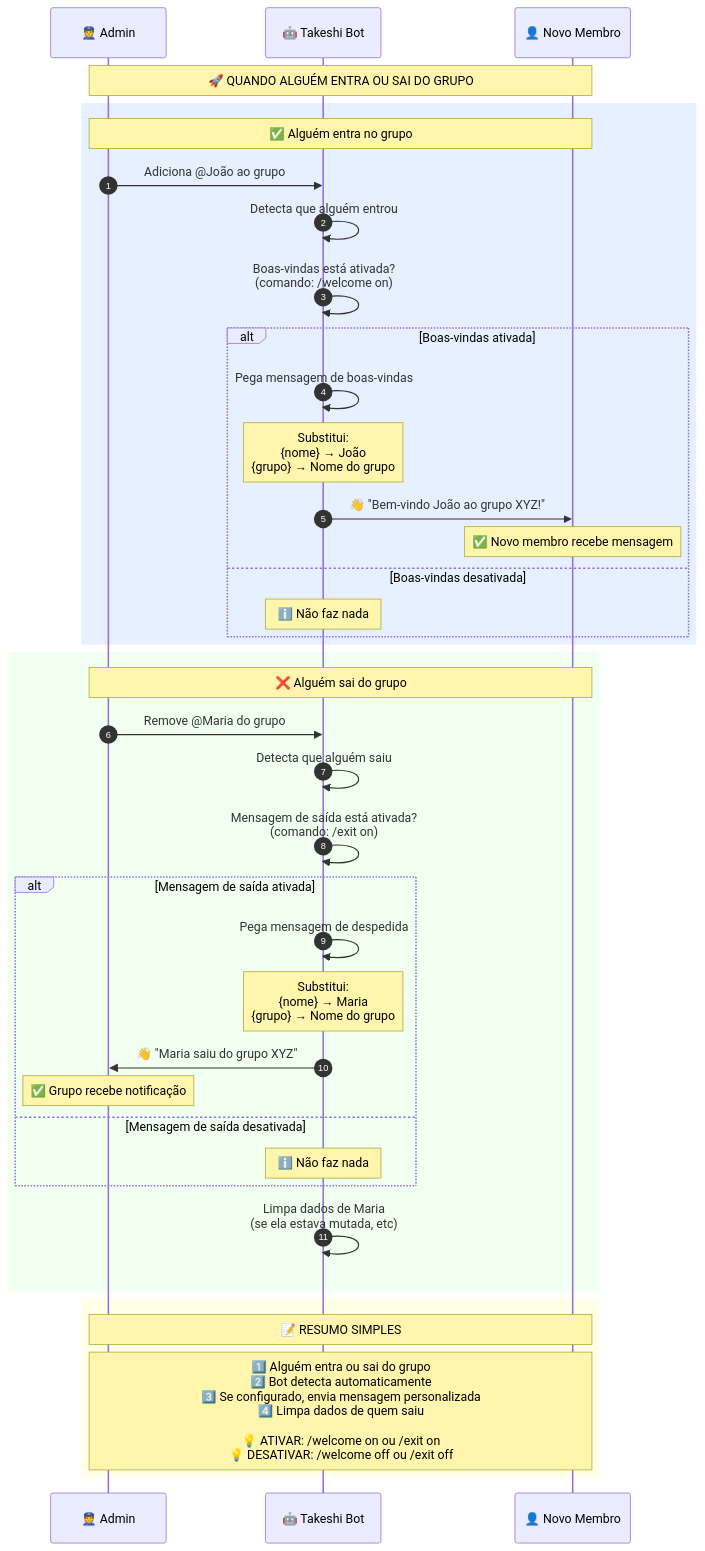
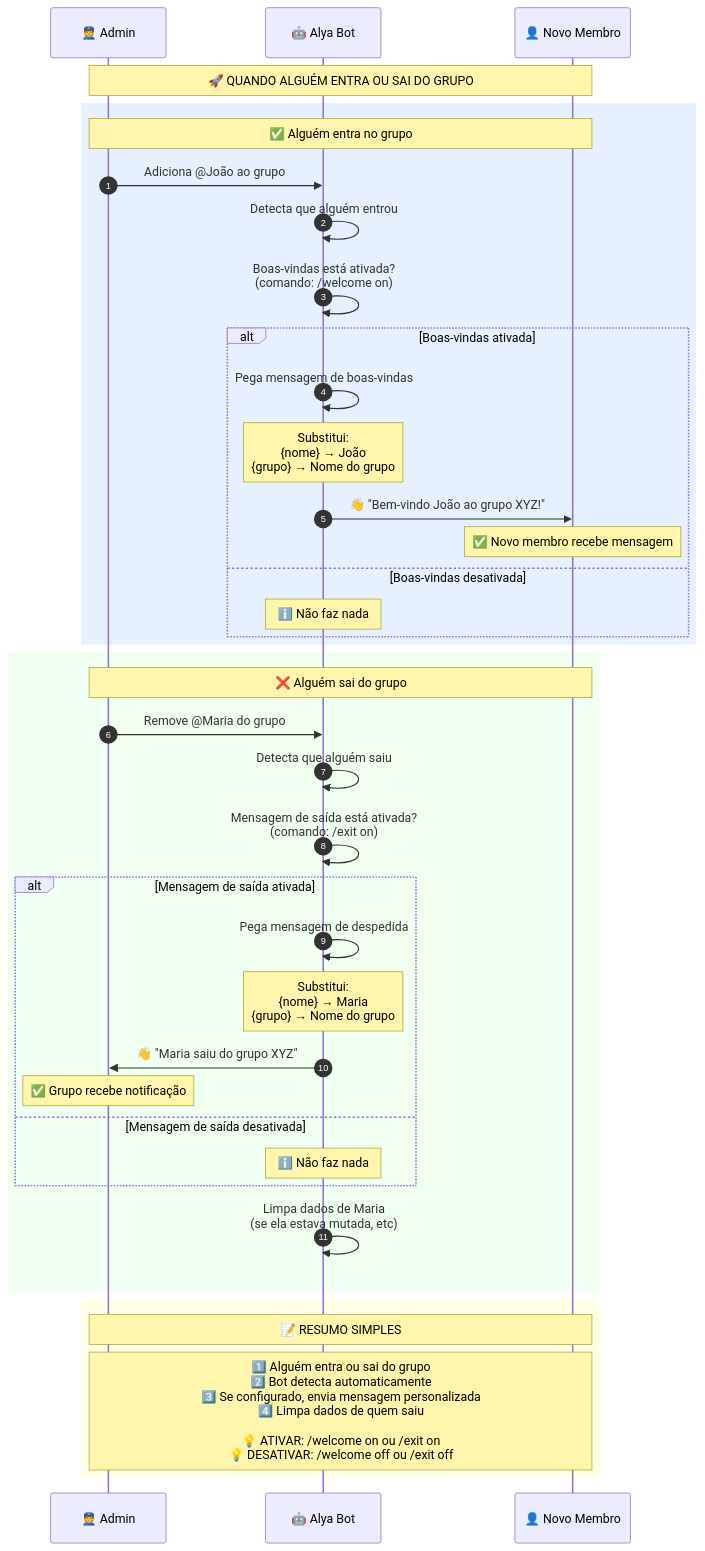
The diagram in diagrams/3-participant-lifecycle.mermaid (lukscode-py/Alya-Bot), drawn with Mermaid before and after one commit. The commit also changed 36 other files, not shown here.

Commit message:
refactor: complete Alya Bot identity migration

```diff
--- a/diagrams/3-participant-lifecycle.mermaid
+++ b/diagrams/3-participant-lifecycle.mermaid
@@ -1,53 +1,53 @@
 sequenceDiagram
     autonumber
     participant Admin as 👮 Admin
-    participant Bot as 🤖 Takeshi Bot
+    participant Bot as 🤖 Alya Bot
     participant User as 👤 Novo Membro
 
     Note over Admin,User: 🚀 QUANDO ALGUÉM ENTRA OU SAI DO GRUPO
 
     %% ========== ALGUÉM ENTRA ==========
     rect rgb(230, 240, 255)
         Note over Admin,User: ✅ Alguém entra no grupo
         
         Admin->>Bot: Adiciona @João ao grupo
         Bot->>Bot: Detecta que alguém entrou
         
         Bot->>Bot: Boas-vindas está ativada?<br/>(comando: /welcome on)
         
         alt Boas-vindas ativada
             Bot->>Bot: Pega mensagem de boas-vindas
             Note over Bot: Substitui:<br/>{nome} → João<br/>{grupo} → Nome do grupo
             Bot->>User: 👋 "Bem-vindo João ao grupo XYZ!"
             Note over User: ✅ Novo membro recebe mensagem
         else Boas-vindas desativada
             Note over Bot: ℹ️ Não faz nada
         end
     end
 
     %% ========== ALGUÉM SAI ==========
     rect rgb(240, 255, 240)
         Note over Admin,User: ❌ Alguém sai do grupo
         
         Admin->>Bot: Remove @Maria do grupo
         Bot->>Bot: Detecta que alguém saiu
         
         Bot->>Bot: Mensagem de saída está ativada?<br/>(comando: /exit on)
         
         alt Mensagem de saída ativada
             Bot->>Bot: Pega mensagem de despedida
             Note over Bot: Substitui:<br/>{nome} → Maria<br/>{grupo} → Nome do grupo
             Bot->>Admin: 👋 "Maria saiu do grupo XYZ"
             Note over Admin: ✅ Grupo recebe notificação
         else Mensagem de saída desativada
             Note over Bot: ℹ️ Não faz nada
         end
         
         Bot->>Bot: Limpa dados de Maria<br/>(se ela estava mutada, etc)
     end
 
     %% ========== RESUMO ==========
     rect rgb(255, 255, 230)
         Note over Admin,User: 📝 RESUMO SIMPLES
         Note over Admin,User: 1️⃣ Alguém entra ou sai do grupo<br/>2️⃣ Bot detecta automaticamente<br/>3️⃣ Se configurado, envia mensagem personalizada<br/>4️⃣ Limpa dados de quem saiu<br/><br/>💡 ATIVAR: /welcome on ou /exit on<br/>💡 DESATIVAR: /welcome off ou /exit off
     end
```
